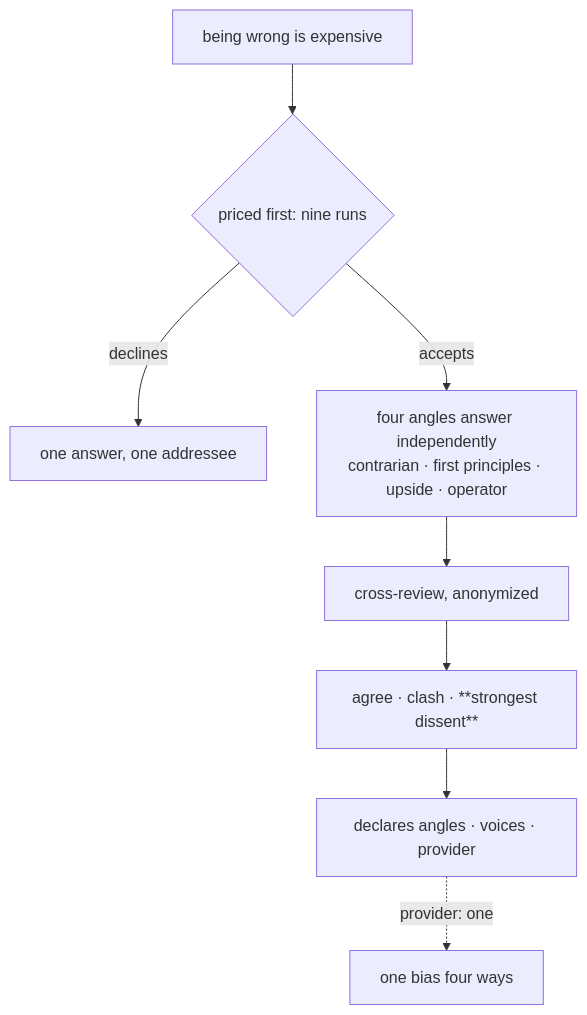
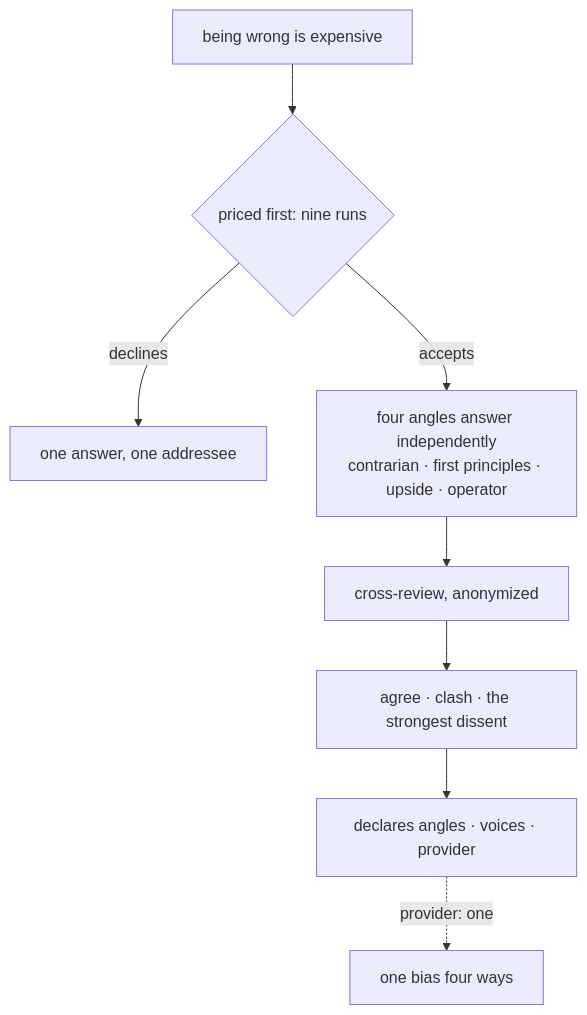
Before and after one commit to jamillazarev/opsinist: the diagram in consulting.md, drawn with Mermaid. The commit also changed other lines of this file and 20 other files, not shown here.

````diff
--- a/consulting.md
+++ b/consulting.md
@@ -115,9 +115,9 @@
 ```mermaid
 flowchart TB
   Q[being wrong is expensive] --> P{priced first: nine runs}
   P -- declines --> ONE[one answer, one addressee]
   P -- accepts --> A[four angles answer independently<br/>contrarian · first principles · upside · operator]
-  A --> X[cross-review, anonymized] --> S[agree · clash · **strongest dissent**]
+  A --> X[cross-review, anonymized] --> S["agree · clash · the strongest dissent"]
   S --> D["declares angles · voices · provider"]
   D -. provider: one .-> B[one bias four ways]
 ```
````
